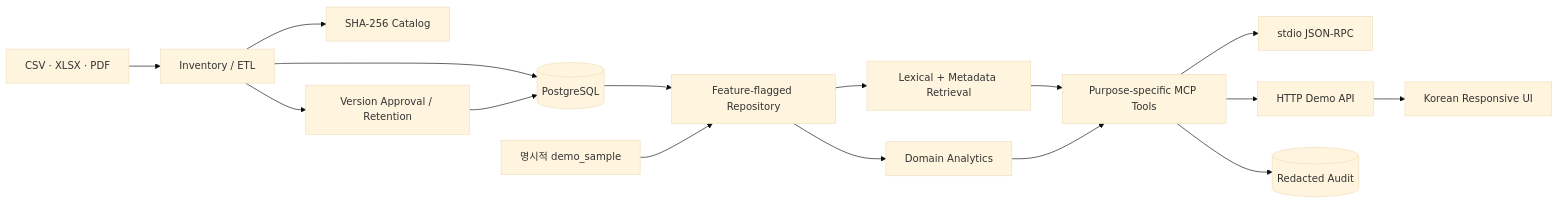
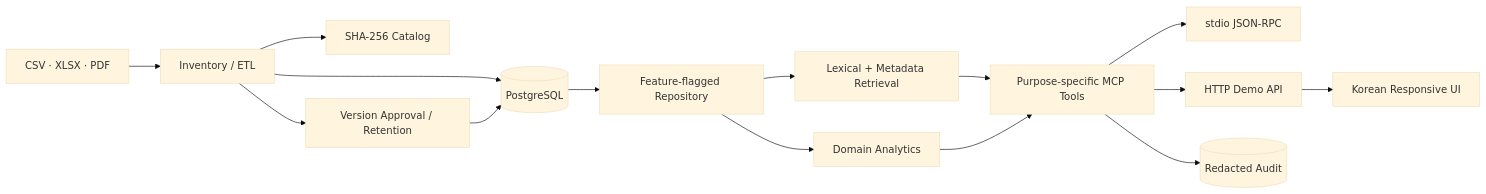
One commit to LanaKee/mcp changed the diagram in docs/architecture.md. Above: the diagram before and after it, drawn with Mermaid (base theme). The commit also changed other lines of this file and 23 other files, not shown here.

First line of the commit message:
feat: remove demo_sample data from runtime and load paths

````diff
--- a/docs/architecture.md
+++ b/docs/architecture.md
@@ -9,19 +9,17 @@
 ```mermaid
 flowchart LR
   RAW[CSV · XLSX · PDF] --> ETL[Inventory / ETL]
   ETL --> CAT[SHA-256 Catalog]
   ETL --> PG[(PostgreSQL)]
   ETL --> LIFE[Version Approval / Retention]
   LIFE --> PG
-  SAMPLE[명시적 demo_sample]
   PG --> REPO[Feature-flagged Repository]
-  SAMPLE --> REPO
   REPO --> DOMAIN[Domain Analytics]
   REPO --> RET[Lexical + Metadata Retrieval]
   RET --> TOOLS[Purpose-specific MCP Tools]
   DOMAIN --> TOOLS
   TOOLS --> STDIO[stdio JSON-RPC]
   TOOLS --> HTTP[HTTP Demo API]
   TOOLS --> AUDIT[(Redacted Audit)]
   HTTP --> WEB[Korean Responsive UI]
 ```
````
